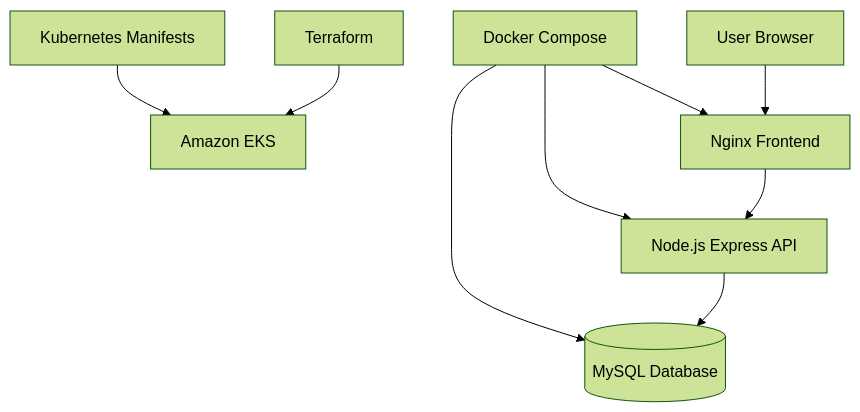
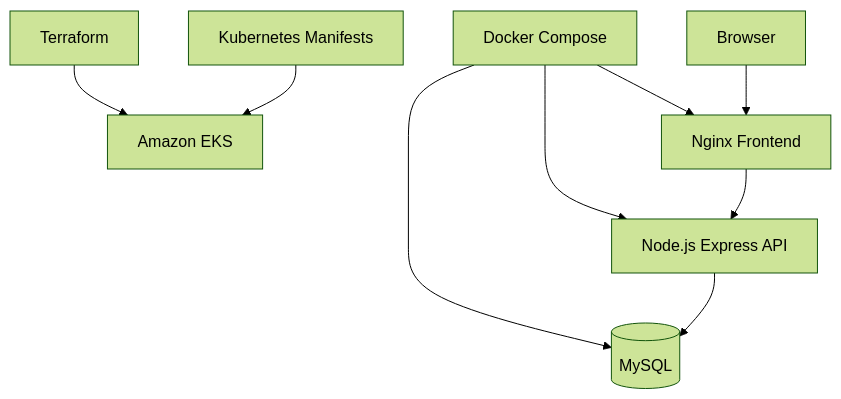
The second of 2 diagrams in README.md (saifali1035/saifali1035), drawn with Mermaid (forest theme) before and after one commit. The commit also changed other lines of this file, not shown here.

````diff
--- a/README.md
+++ b/README.md
@@ -254,11 +193,11 @@
 ```mermaid
 flowchart TB
-    User[User Browser] --> Frontend[Nginx Frontend]
-    Frontend --> Backend[Node.js Express API]
-    Backend --> Database[(MySQL Database)]
-    Docker[Docker Compose] --> Frontend
-    Docker --> Backend
-    Docker --> Database
-    Terraform[Terraform] --> EKS[Amazon EKS]
-    K8s[Kubernetes Manifests] --> EKS
+    Browser[Browser] --> Frontend[Nginx Frontend]
+    Frontend --> API[Node.js Express API]
+    API --> DB[(MySQL)]
+    Compose[Docker Compose] --> Frontend
+    Compose --> API
+    Compose --> DB
+    K8s[Kubernetes Manifests] --> EKS[Amazon EKS]
+    TF[Terraform] --> EKS
 ```
````
